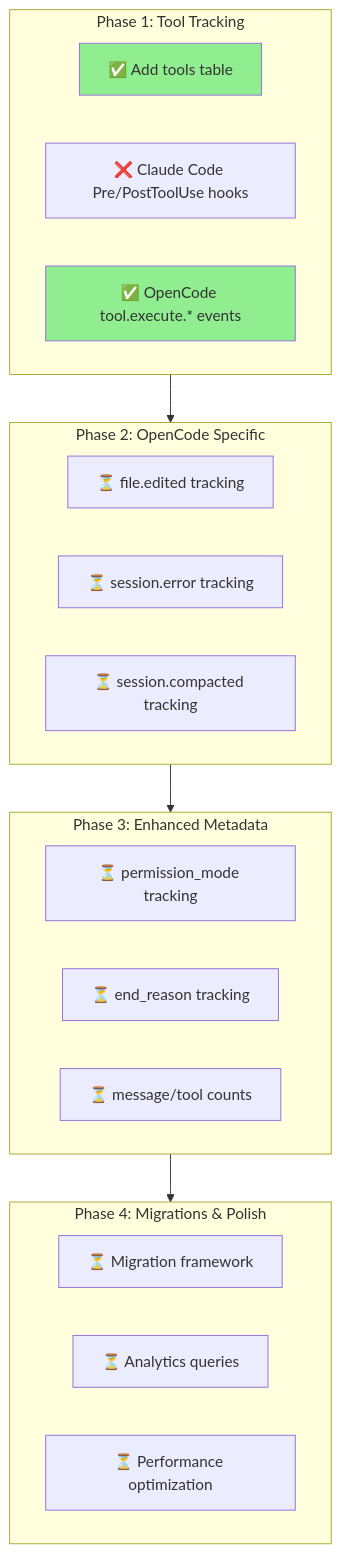
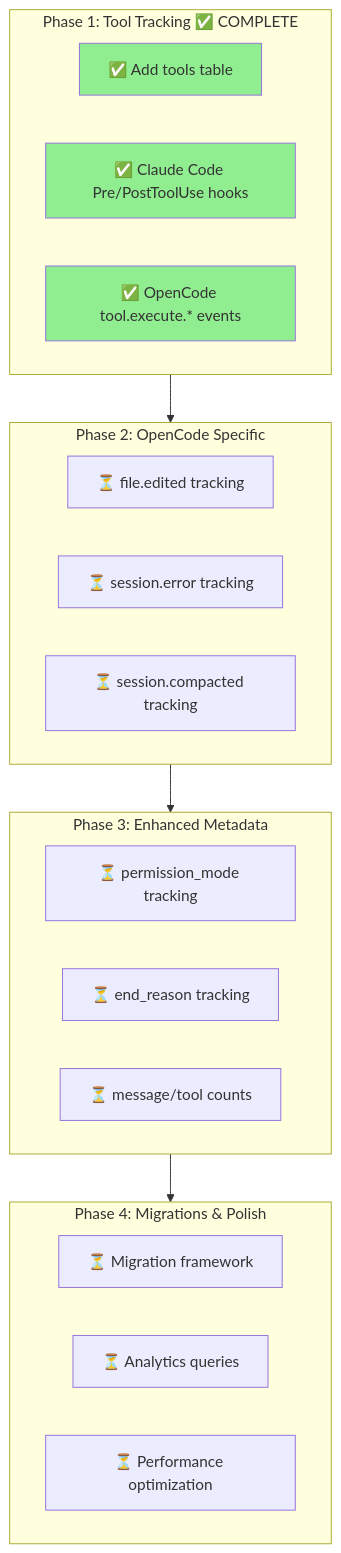
One commit to dxta-dev/clankers changed the diagram in lode/plans/data-gaps-implementation.md. Above: the diagram before and after it, drawn with Mermaid. The commit also changed other lines of this file and 9 other files, not shown here.

Commit message:
claude code hooks update

````diff
--- a/lode/plans/data-gaps-implementation.md
+++ b/lode/plans/data-gaps-implementation.md
@@ -510,31 +511,32 @@
 ```mermaid
 flowchart TB
-    subgraph Phase1[Phase 1: Tool Tracking]
+    subgraph Phase1[Phase 1: Tool Tracking ✅ COMPLETE]
         P1_1[✅ Add tools table]
-        P1_2[❌ Claude Code Pre/PostToolUse hooks]
+        P1_2[✅ Claude Code Pre/PostToolUse hooks]
         P1_3[✅ OpenCode tool.execute.* events]
     end
 
     subgraph Phase2[Phase 2: OpenCode Specific]
         P2_1[⏳ file.edited tracking]
         P2_2[⏳ session.error tracking]
         P2_3[⏳ session.compacted tracking]
     end
 
     subgraph Phase3[Phase 3: Enhanced Metadata]
         P3_1[⏳ permission_mode tracking]
         P3_2[⏳ end_reason tracking]
         P3_3[⏳ message/tool counts]
     end
 
     subgraph Phase4[Phase 4: Migrations & Polish]
         P4_1[⏳ Migration framework]
         P4_2[⏳ Analytics queries]
         P4_3[⏳ Performance optimization]
     end
 
     Phase1 --> Phase2 --> Phase3 --> Phase4
 
     style P1_1 fill:#90EE90
+    style P1_2 fill:#90EE90
     style P1_3 fill:#90EE90
 ```
````
